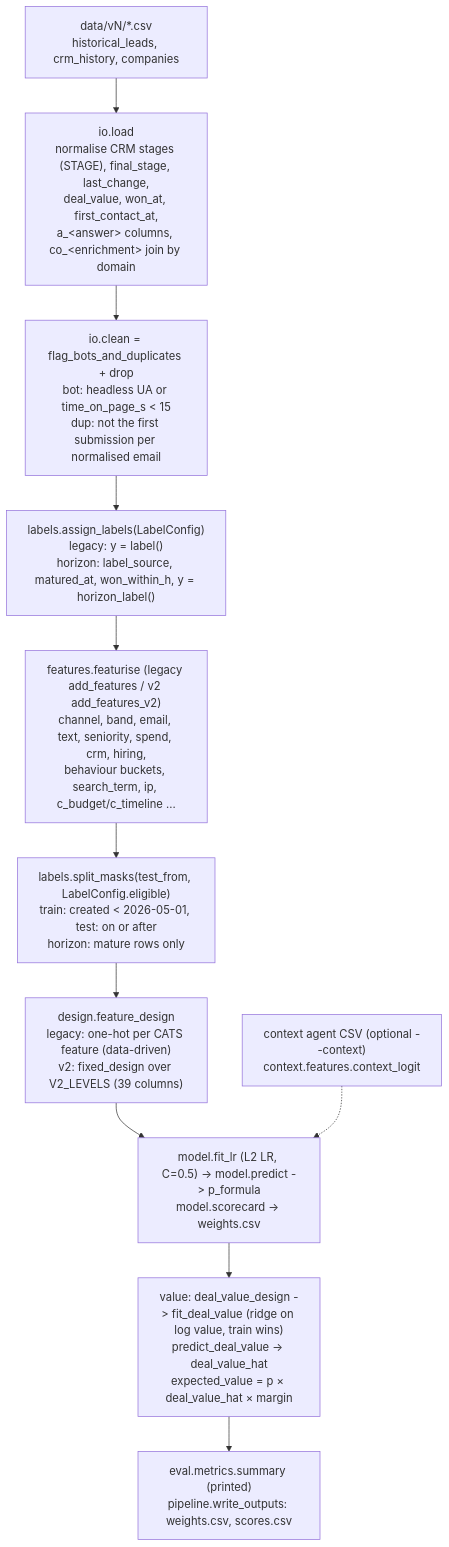
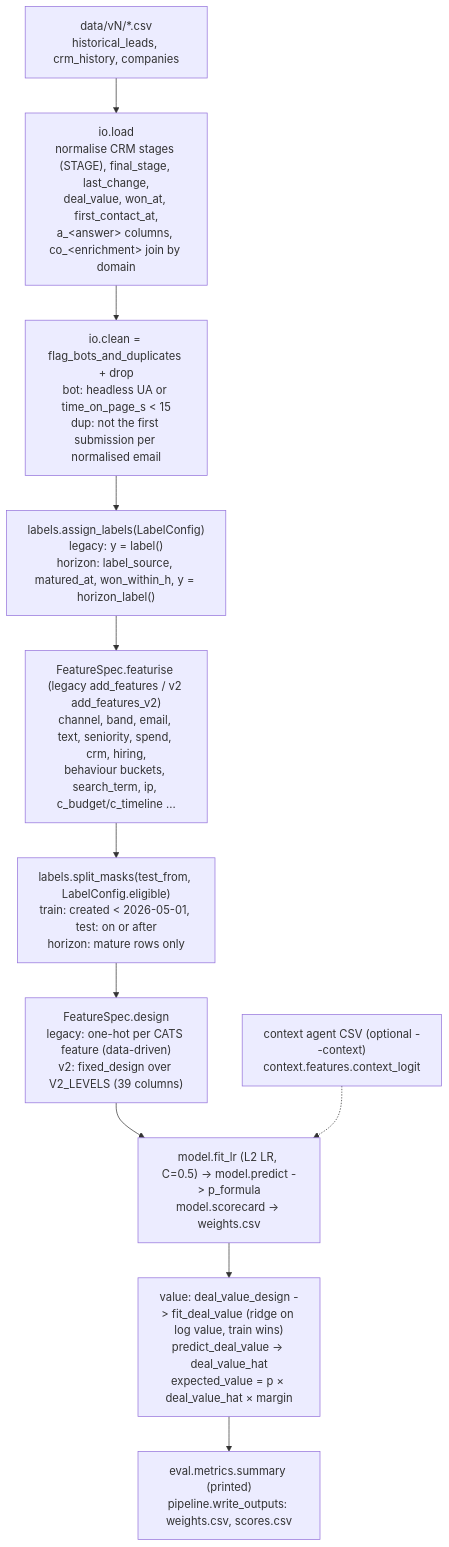
The first of 3 diagrams in docs/ARCHITECTURE.md (dsj-emva/learning-modal), drawn with Mermaid before and after one commit. The commit also changed other lines of this file and 3 other files, not shown here.

````diff
--- a/docs/ARCHITECTURE.md
+++ b/docs/ARCHITECTURE.md
@@ -13,14 +13,14 @@
 ```mermaid
 flowchart TD
     CSV["data/vN/*.csv<br/>historical_leads, crm_history, companies"] --> LOAD
     LOAD["io.load<br/>normalise CRM stages (STAGE), final_stage, last_change,<br/>deal_value, won_at, first_contact_at,<br/>a_&lt;answer&gt; columns, co_&lt;enrichment&gt; join by domain"] --> CLEAN
     CLEAN["io.clean = flag_bots_and_duplicates + drop<br/>bot: headless UA or time_on_page_s &lt; 15<br/>dup: not the first submission per normalised email"] --> LABELS
     LABELS["labels.assign_labels(LabelConfig)<br/>legacy: y = label()<br/>horizon: label_source, matured_at, won_within_h, y = horizon_label()"] --> FEAT
-    FEAT["features.featurise (legacy add_features / v2 add_features_v2)<br/>channel, band, email, text, seniority, spend, crm, hiring,<br/>behaviour buckets, search_term, ip, c_budget/c_timeline ..."] --> SPLIT
+    FEAT["FeatureSpec.featurise (legacy add_features / v2 add_features_v2)<br/>channel, band, email, text, seniority, spend, crm, hiring,<br/>behaviour buckets, search_term, ip, c_budget/c_timeline ..."] --> SPLIT
     SPLIT["labels.split_masks(test_from, LabelConfig.eligible)<br/>train: created &lt; 2026-05-01, test: on or after<br/>horizon: mature rows only"] --> DESIGN
-    DESIGN["design.feature_design<br/>legacy: one-hot per CATS feature (data-driven)<br/>v2: fixed_design over V2_LEVELS (39 columns)"] --> FIT
+    DESIGN["FeatureSpec.design<br/>legacy: one-hot per CATS feature (data-driven)<br/>v2: fixed_design over V2_LEVELS (39 columns)"] --> FIT
     FIT["model.fit_lr (L2 LR, C=0.5) -> model.predict -> p_formula<br/>model.scorecard -> weights.csv"] --> VALUE
     VALUE["value: deal_value_design -> fit_deal_value (ridge on log value, train wins)<br/>predict_deal_value -> deal_value_hat<br/>expected_value = p × deal_value_hat × margin"] --> OUT
     CTX["context agent CSV (optional --context)<br/>context.features.context_logit"] -.-> FIT
     OUT["eval.metrics.summary (printed)<br/>pipeline.write_outputs: weights.csv, scores.csv"]
 ```
````
